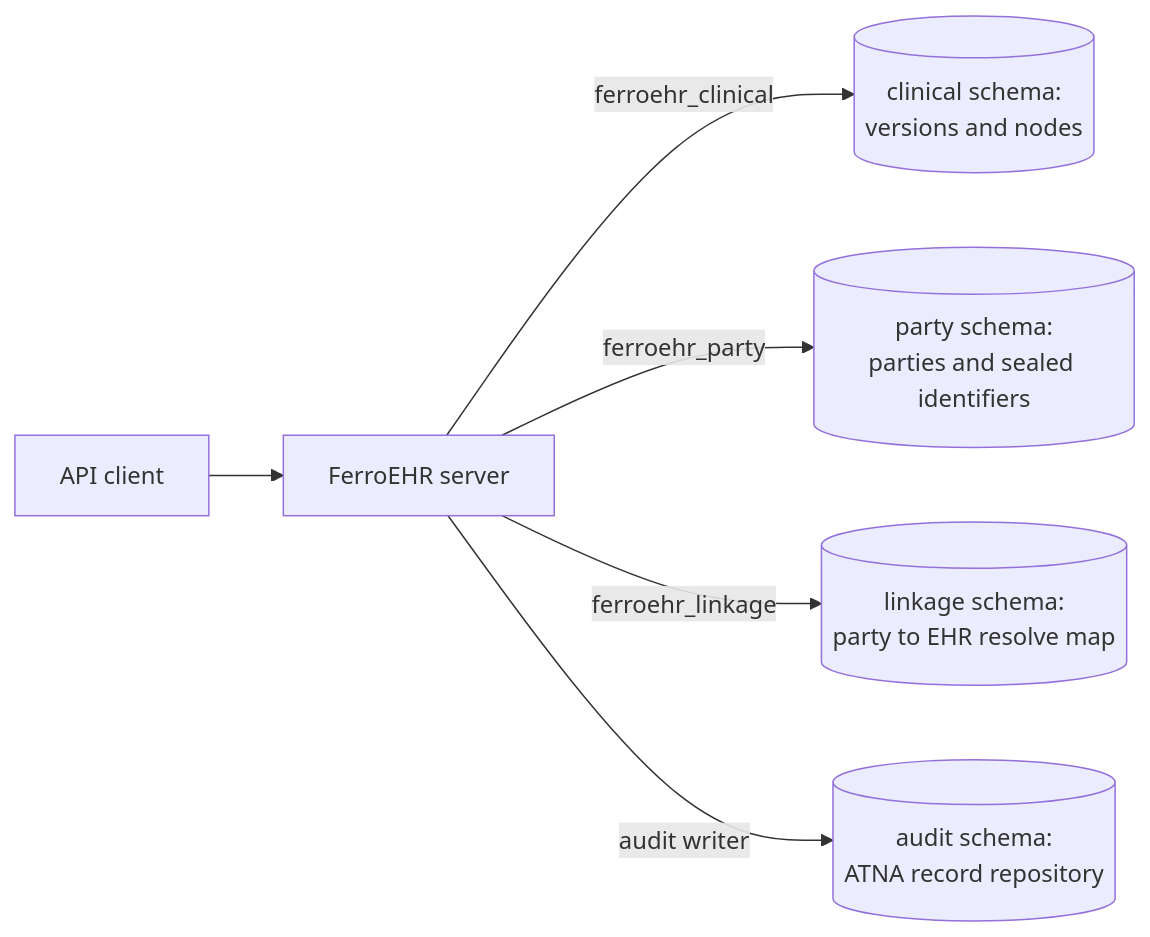
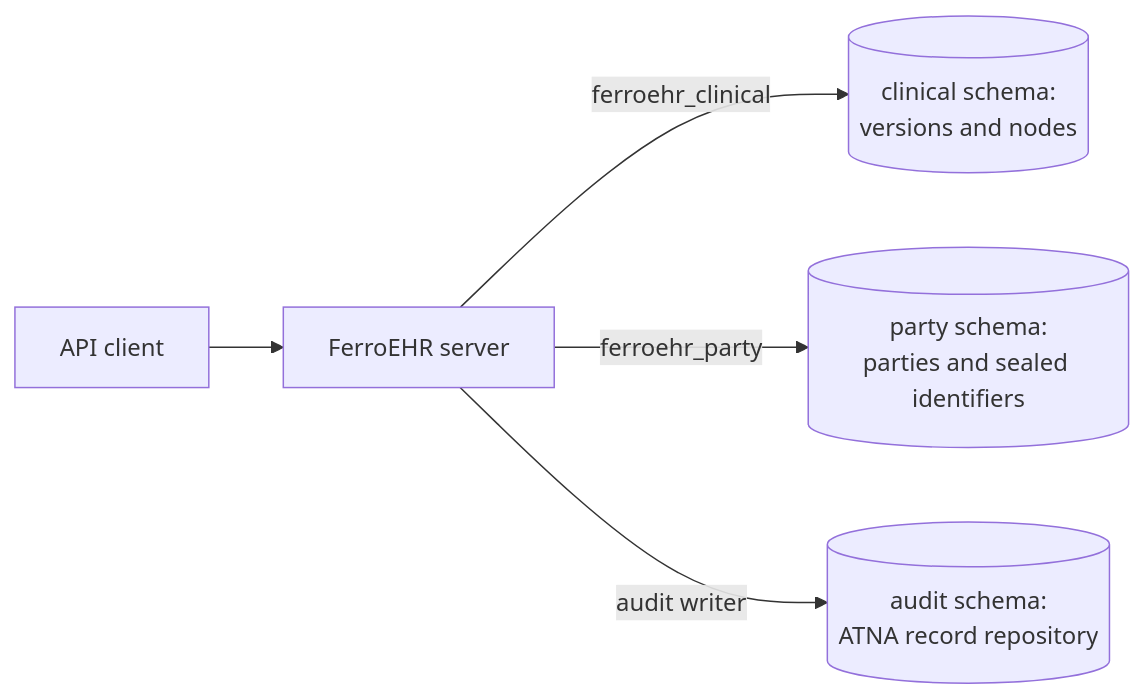
One commit to FerroHEALTH/FerroEHR changed the diagram in website/book/src/compliance/index.md. Above: the diagram before and after it, drawn with Mermaid. The commit also changed other lines of this file and 88 other files, not shown here.

First line of the commit message:
refactor(ferroehr): remove the empty linkage storage domain (#4690)

````diff
--- a/website/book/src/compliance/index.md
+++ b/website/book/src/compliance/index.md
@@ -139,8 +138,7 @@
 ```mermaid
 flowchart LR
     client["API client"] --> server["FerroEHR server"]
     server -->|ferroehr_clinical| ehr[("clinical schema:<br/>versions and nodes")]
     server -->|ferroehr_party| demo[("party schema:<br/>parties and sealed identifiers")]
-    server -->|ferroehr_linkage| link[("linkage schema:<br/>party to EHR resolve map")]
     server -->|audit writer| audit[("audit schema:<br/>ATNA record repository")]
 ```
````
